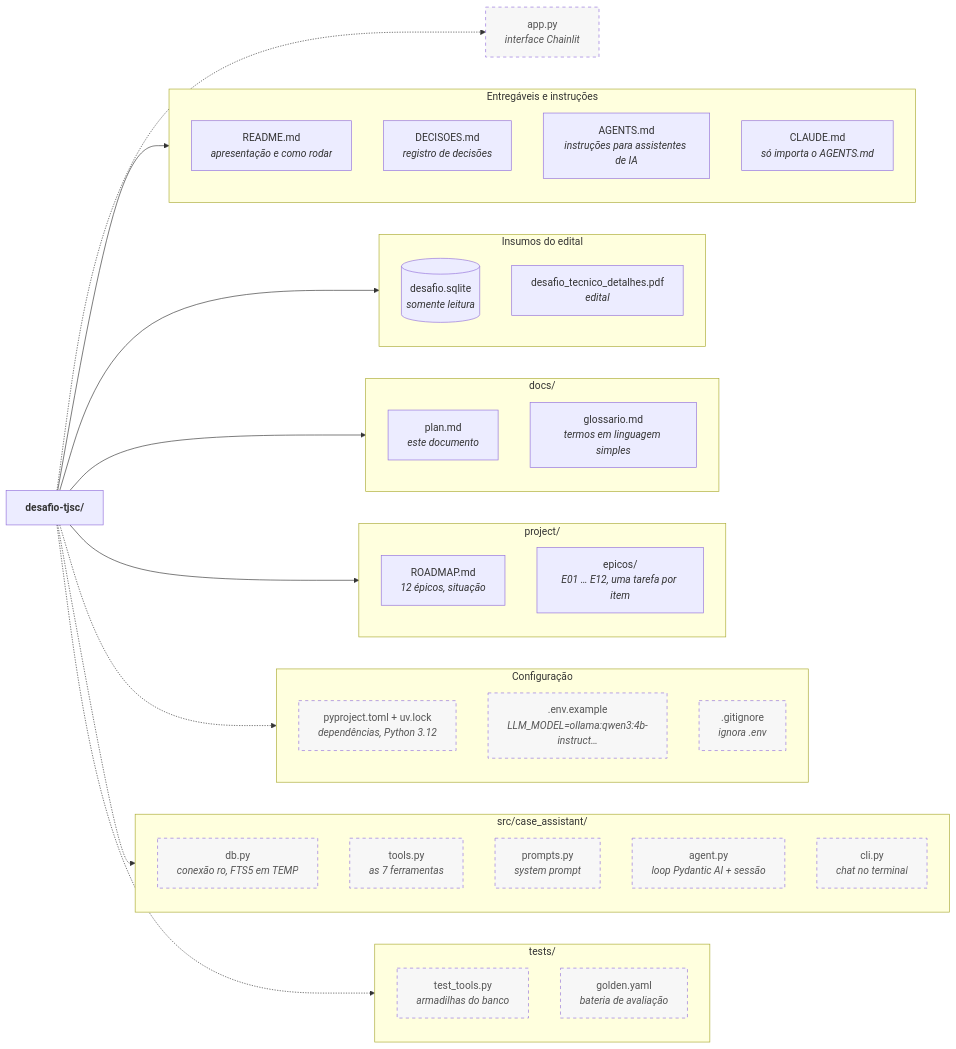
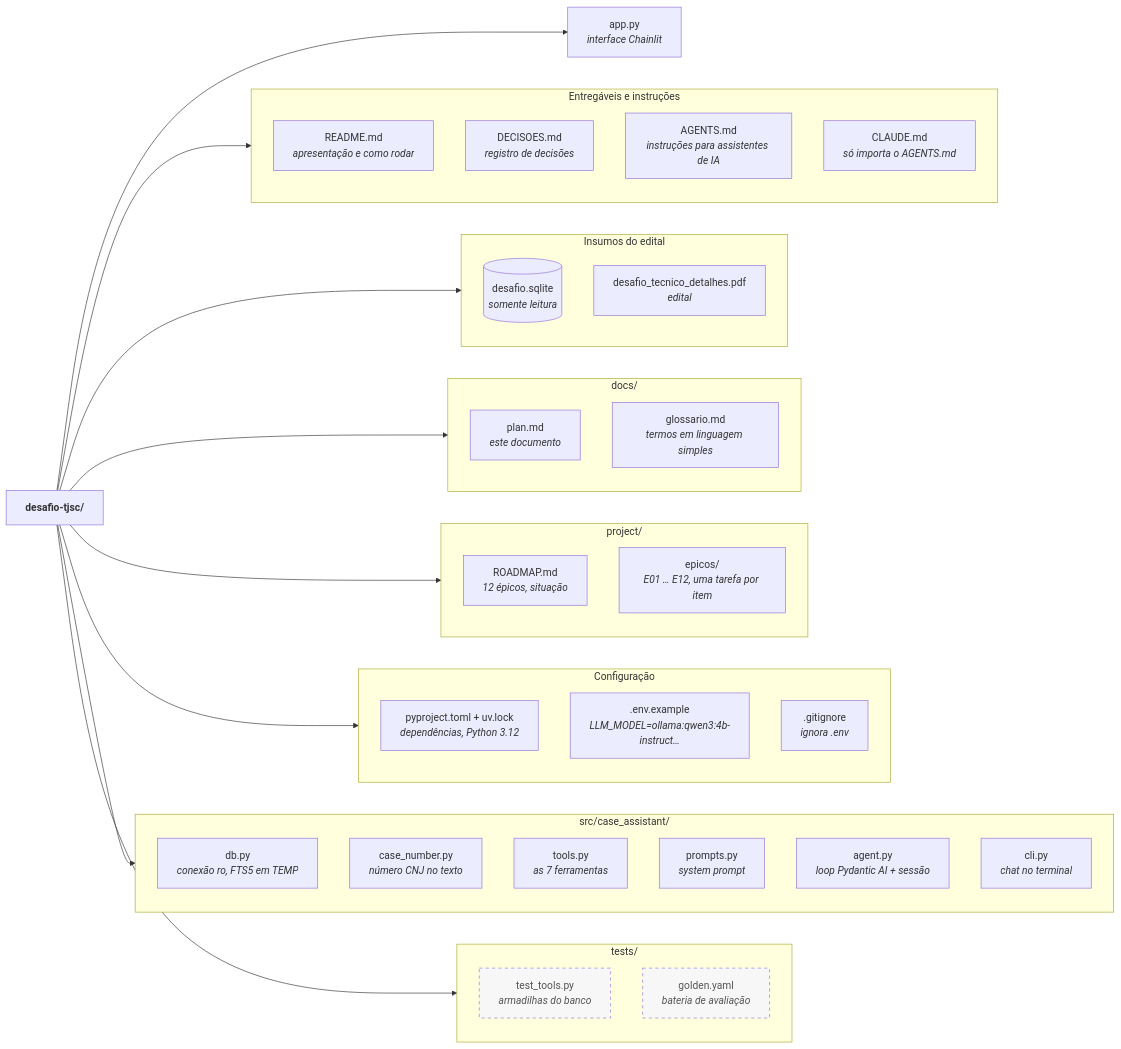
Before and after one commit to andrepiacentini/agente-juridico: the fourth of 4 diagrams in docs/plan.md, drawn with Mermaid. The commit also changed other lines of this file and 5 other files, not shown here.

First line of the commit message:
feat(T2.4): reconhecer o número do processo no padrão CNJ

````diff
--- a/docs/plan.md
+++ b/docs/plan.md
@@ -341,53 +341,54 @@
 ```mermaid
 flowchart LR
     ROOT["<b>desafio-tjsc/</b>"]
 
     subgraph ENTREGA["Entregáveis e instruções"]
         README["README.md<br/><i>apresentação e como rodar</i>"]
         DECISOES["DECISOES.md<br/><i>registro de decisões</i>"]
         AGENTS["AGENTS.md<br/><i>instruções para assistentes de IA</i>"]
         CLAUDE["CLAUDE.md<br/><i>só importa o AGENTS.md</i>"]
     end
 
     subgraph DADOS["Insumos do edital"]
         SQLITE[("desafio.sqlite<br/><i>somente leitura</i>")]
         PDF["desafio_tecnico_detalhes.pdf<br/><i>edital</i>"]
     end
 
     subgraph DOCS["docs/"]
         PLAN["plan.md<br/><i>este documento</i>"]
         GLOSS["glossario.md<br/><i>termos em linguagem simples</i>"]
     end
 
     subgraph PROJECT["project/"]
         ROADMAP["ROADMAP.md<br/><i>12 épicos, situação</i>"]
         EPICS["epicos/<br/><i>E01 … E12, uma tarefa por item</i>"]
     end
 
     subgraph CONFIG["Configuração"]
         PYPROJECT["pyproject.toml + uv.lock<br/><i>dependências, Python 3.12</i>"]
         ENV[".env.example<br/><i>LLM_MODEL=ollama:qwen3:4b-instruct…</i>"]
         GITIGNORE[".gitignore<br/><i>ignora .env</i>"]
     end
 
     subgraph SRC["src/case_assistant/"]
         DB["db.py<br/><i>conexão ro, FTS5 em TEMP</i>"]
+        CASENUM["case_number.py<br/><i>número CNJ no texto</i>"]
         TOOLS["tools.py<br/><i>as 7 ferramentas</i>"]
         PROMPTS["prompts.py<br/><i>system prompt</i>"]
         AGENT["agent.py<br/><i>loop Pydantic AI + sessão</i>"]
         CLI["cli.py<br/><i>chat no terminal</i>"]
     end
 
     APP["app.py<br/><i>interface Chainlit</i>"]
 
     subgraph TESTS["tests/"]
         TTOOLS["test_tools.py<br/><i>armadilhas do banco</i>"]
         GOLDEN["golden.yaml<br/><i>bateria de avaliação</i>"]
     end
 
     ROOT --> ENTREGA & DADOS & DOCS & PROJECT
-    ROOT -.-> CONFIG & SRC & APP & TESTS
+    ROOT --> CONFIG & SRC & APP & TESTS
 
     classDef planned stroke-dasharray: 5 5,fill:#f7f7f7,color:#555
-    class PYPROJECT,ENV,GITIGNORE,DB,TOOLS,PROMPTS,AGENT,CLI,APP,TTOOLS,GOLDEN planned
+    class TTOOLS,GOLDEN planned
 ```
````
